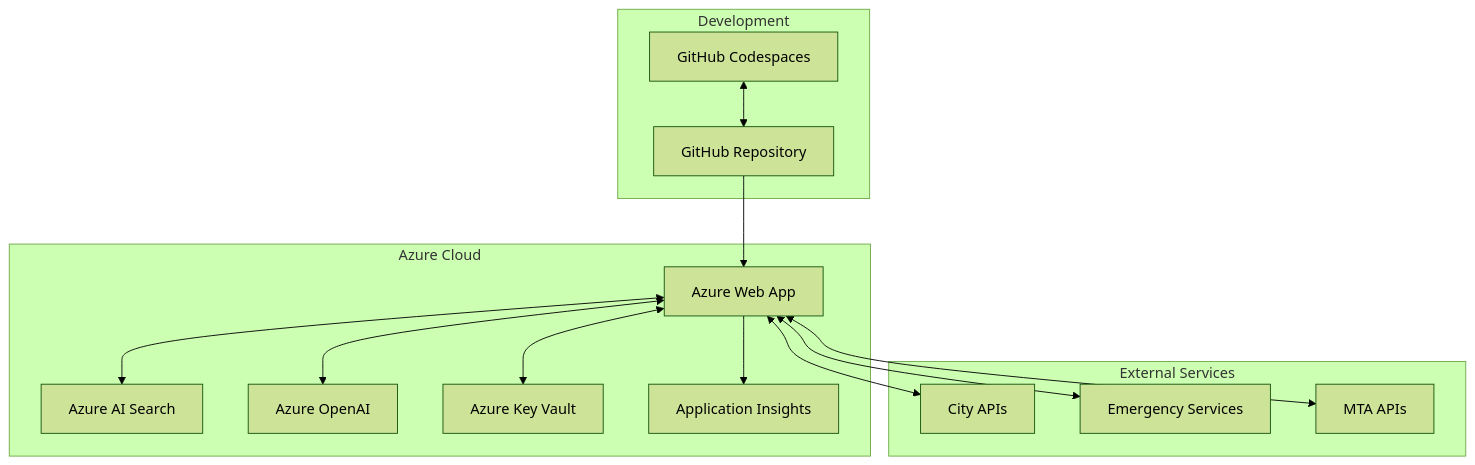
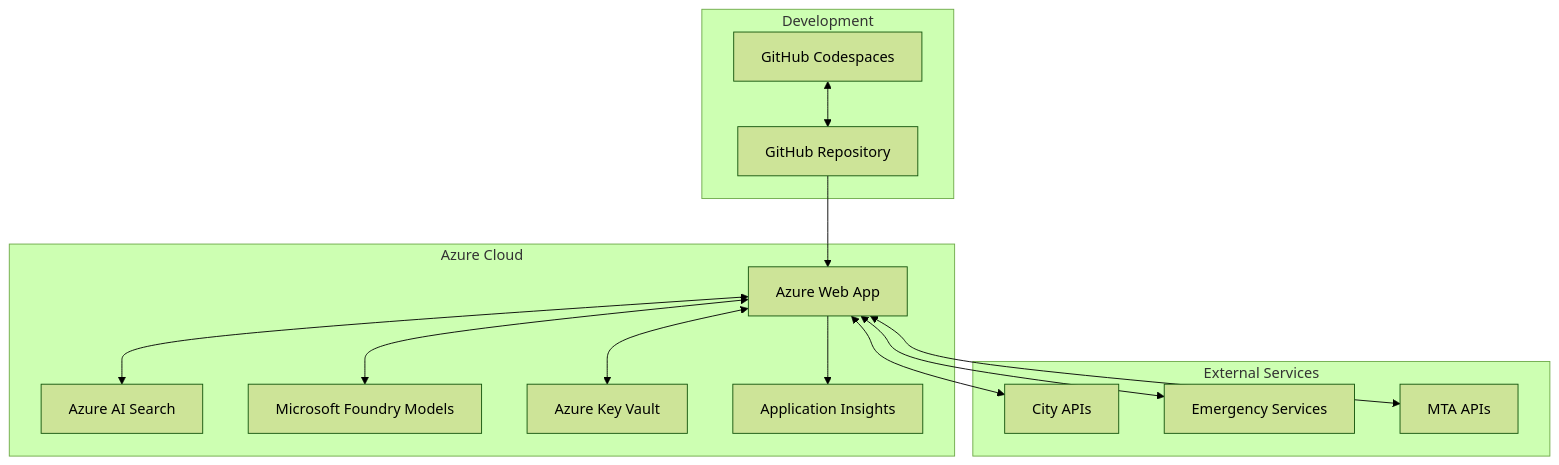
Before and after one commit to dbruun/ai-hackathon-use-cases: the fourth of 4 diagrams in Virtual-Citizen-Assistant/assets/architecture_diagrams/system_architecture.md, drawn with Mermaid (forest theme). The commit also changed 53 other files, not shown here.

````diff
--- a/Virtual-Citizen-Assistant/assets/architecture_diagrams/system_architecture.md
+++ b/Virtual-Citizen-Assistant/assets/architecture_diagrams/system_architecture.md
@@ -67,31 +67,31 @@
 ```mermaid
 graph TB
     subgraph "Azure Cloud"
         A[Azure Web App]
         B[Azure AI Search]
-        C[Azure OpenAI]
+        C[Microsoft Foundry Models]
         D[Azure Key Vault]
         E[Application Insights]
     end
     
     subgraph "External Services"
         F[City APIs]
         G[Emergency Services]
         H[MTA APIs]
     end
     
     subgraph "Development"
         I[GitHub Codespaces]
         J[GitHub Repository]
     end
     
     A <--> B
     A <--> C
     A <--> D
     A --> E
     A <--> F
     A <--> G
     A <--> H
     I <--> J
     J --> A
 ```
````
